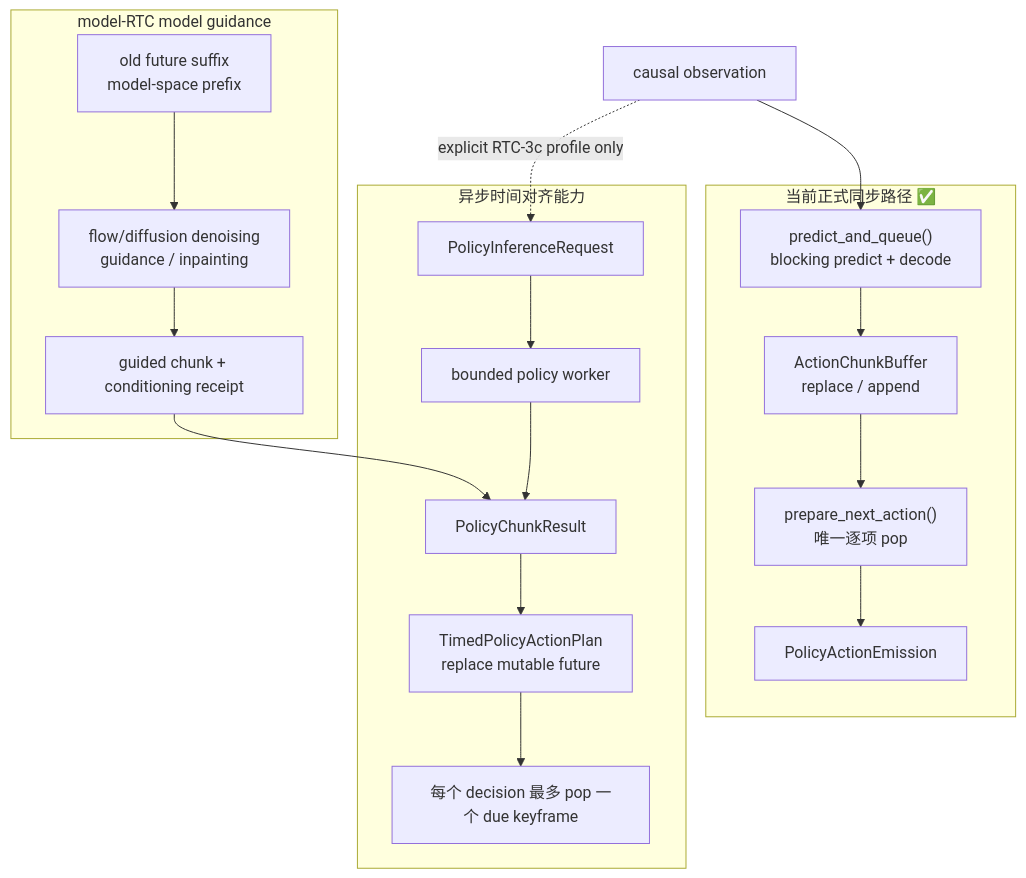
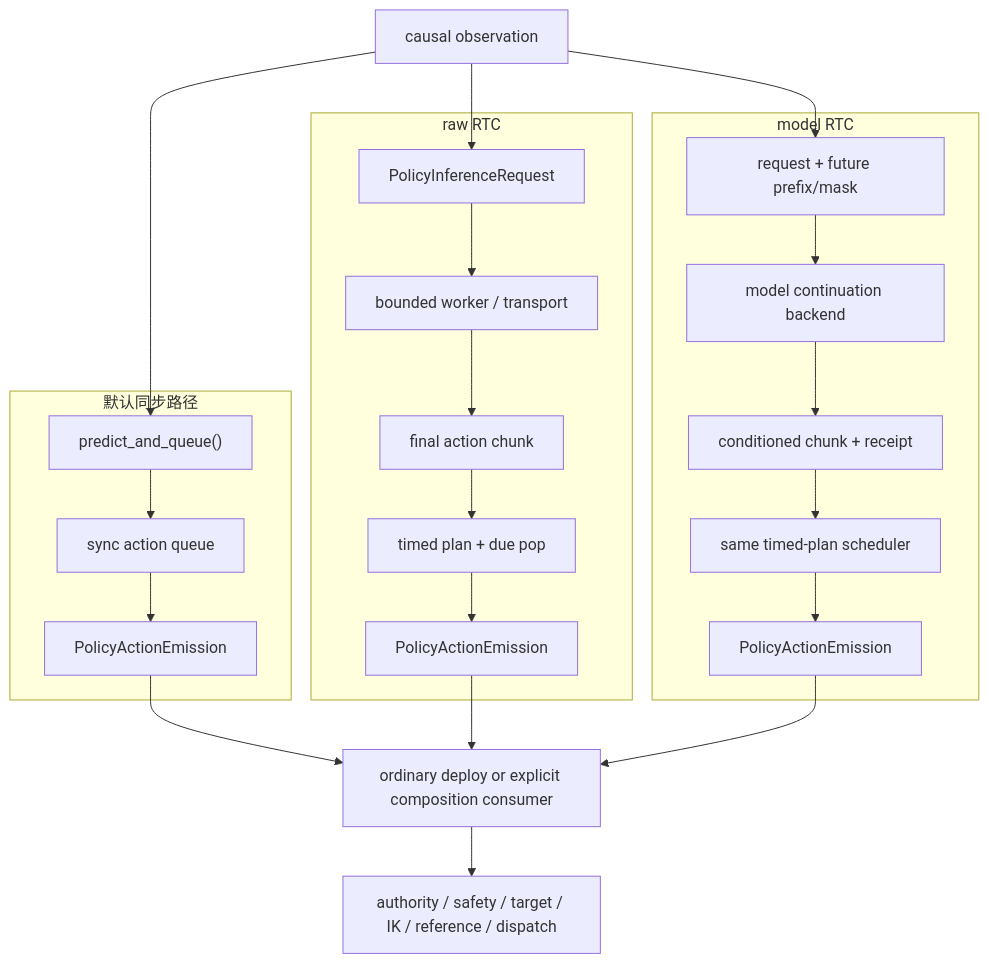
One commit to xiaopangxiexyg/AgenticRobot changed the first of 8 diagrams in docs/architecture/dexteleop_rtc_visual_guide.md. Above: the diagram before and after it, drawn with Mermaid. The commit also changed other lines of this file and 2 other files, not shown here.

Commit message:
docs: refresh the RTC visual guide

````diff
--- a/docs/architecture/dexteleop_rtc_visual_guide.md
+++ b/docs/architecture/dexteleop_rtc_visual_guide.md
@@ -162,30 +17,37 @@
 ```mermaid
 flowchart TB
     Obs["causal observation"]
 
-    subgraph Sync["当前正式同步路径 ✅"]
-        SP["predict_and_queue()\nblocking predict + decode"]
-        SQ["ActionChunkBuffer\nreplace / append"]
-        Pop["prepare_next_action()\n唯一逐项 pop"]
-        Emit["PolicyActionEmission"]
+    subgraph Sync["默认同步路径"]
+        SP["predict_and_queue()"]
+        SQ["sync action queue"]
+        SE["PolicyActionEmission"]
+        SP --> SQ --> SE
     end
 
-    subgraph Async["异步时间对齐能力"]
-        Req["PolicyInferenceRequest"]
-        Worker["bounded policy worker"]
-        Result["PolicyChunkResult"]
-        Plan["TimedPolicyActionPlan\nreplace mutable future"]
-        Due["每个 decision 最多 pop 一个 due keyframe"]
+    subgraph Raw["raw RTC"]
+        RR["PolicyInferenceRequest"]
+        RW["bounded worker / transport"]
+        RC["final action chunk"]
+        RP["timed plan + due pop"]
+        RE["PolicyActionEmission"]
+        RR --> RW --> RC --> RP --> RE
     end
 
-    subgraph ModelRTC["model-RTC model guidance"]
-        Prefix["old future suffix\nmodel-space prefix"]
-        Server["flow/diffusion denoising\nguidance / inpainting"]
-        Guided["guided chunk + conditioning receipt"]
+    subgraph Model["model RTC"]
+        MR["request + future prefix/mask"]
+        MW["model continuation backend"]
+        MC["conditioned chunk + receipt"]
+        MP["same timed-plan scheduler"]
+        ME["PolicyActionEmission"]
+        MR --> MW --> MC --> MP --> ME
     end
 
-    Obs --> SP --> SQ --> Pop --> Emit
-    Obs -. "explicit RTC-3c profile only" .-> Req
-    Req --> Worker --> Result --> Plan --> Due
-    Prefix --> Server --> Guided --> Result
+    Obs --> SP
+    Obs --> RR
+    Obs --> MR
+    SE --> Down["ordinary deploy or explicit composition consumer"]
+    RE --> Down
+    ME --> Down
+    Down --> Lower["authority / safety / target / IK / reference / dispatch"]
 ```
````
